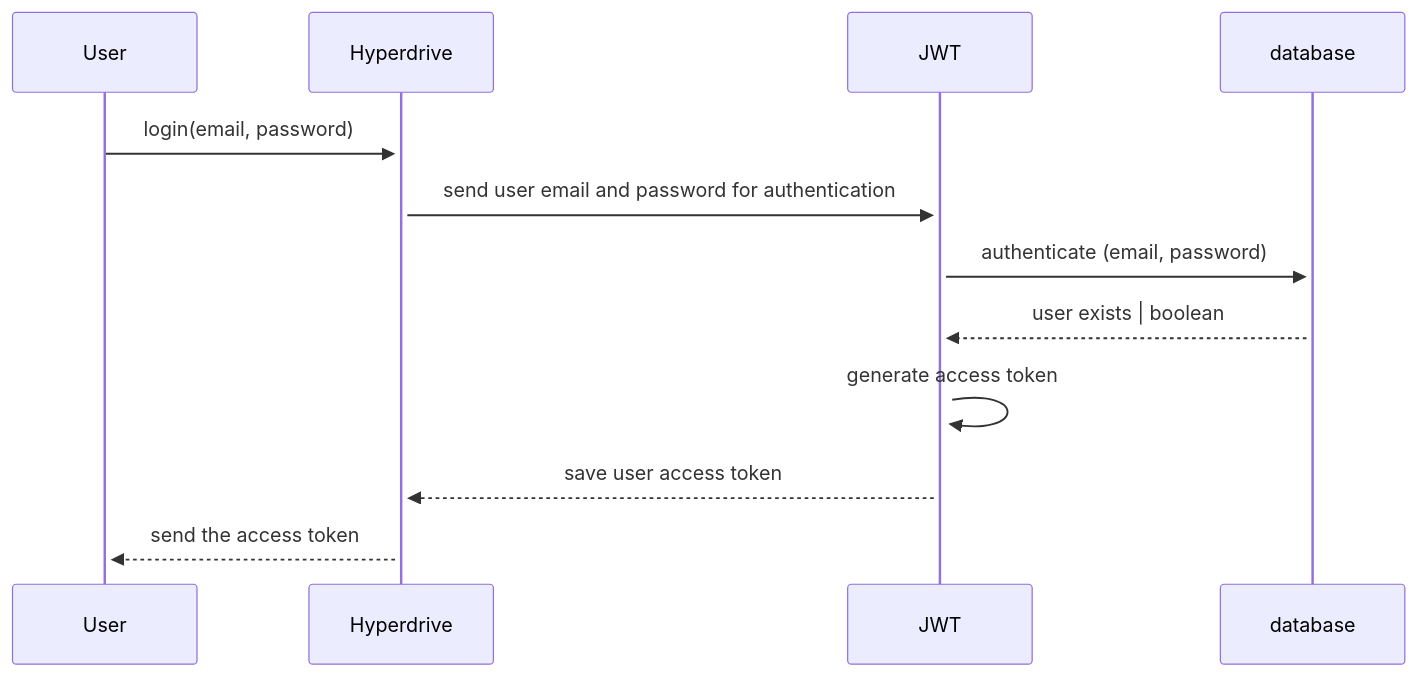
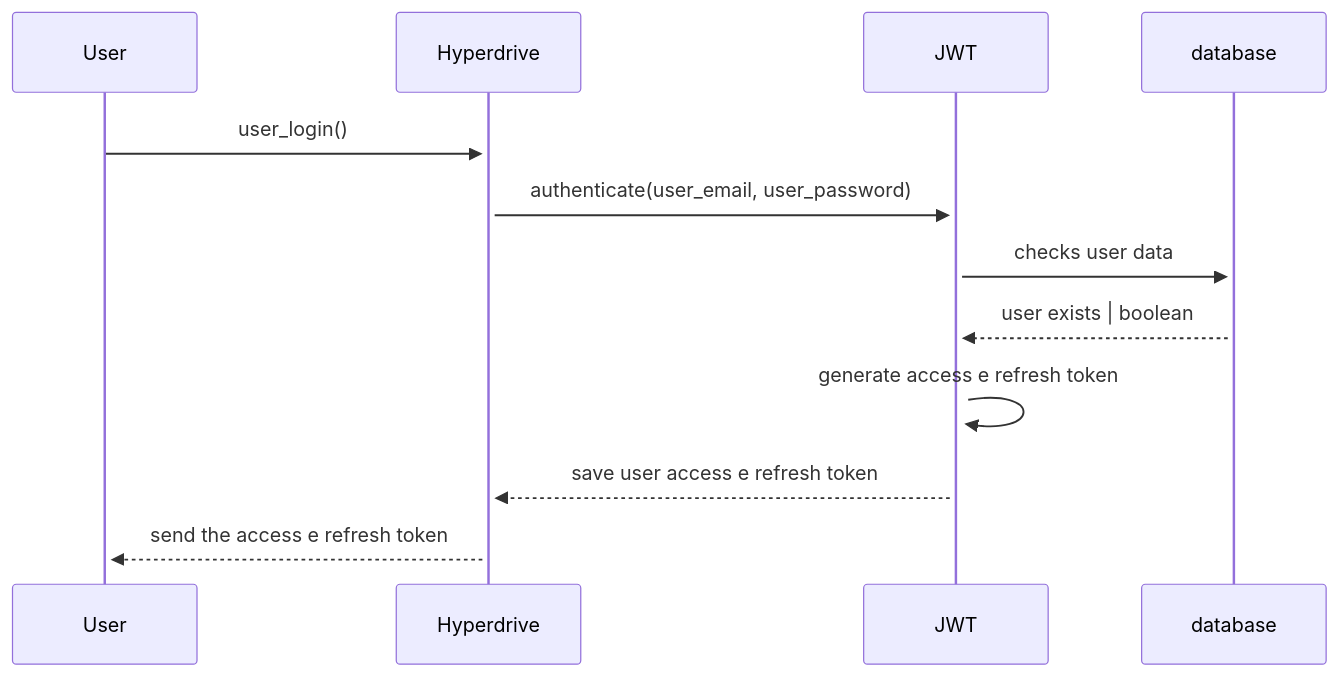
The diagram in docs/diagrams/user_authentication_diagram.mmd (dark-pid/hyperdrive), drawn with Mermaid before and after one commit.

Commit message:
doc: authentication diagram update

```diff
--- a/docs/diagrams/user_authentication_diagram.mmd
+++ b/docs/diagrams/user_authentication_diagram.mmd
@@ -1,8 +1,8 @@
 sequenceDiagram
-    User->>+Hyperdrive: login(email, password)
-    Hyperdrive->>+JWT: send user email and password for authentication
-    JWT->>+database: authenticate (email, password)
+    User->>+Hyperdrive: user_login()
+    Hyperdrive->>+JWT: authenticate(user_email, user_password)
+    JWT->>+database: checks user data
     database-->>+ JWT: user exists | boolean
-    JWT->>+JWT: generate access token
-    JWT-->>+Hyperdrive: save user access token
-    Hyperdrive-->>+User: send the access token
+    JWT->>+JWT: generate access e refresh token
+    JWT-->>+Hyperdrive: save user access e refresh token
+    Hyperdrive-->>+User: send the access e refresh token
```
